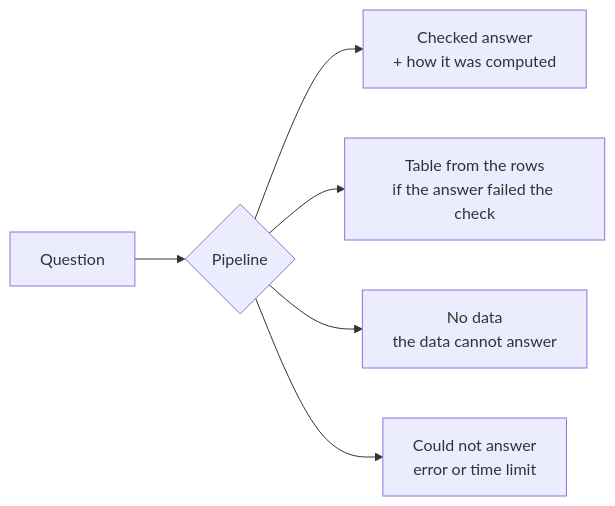
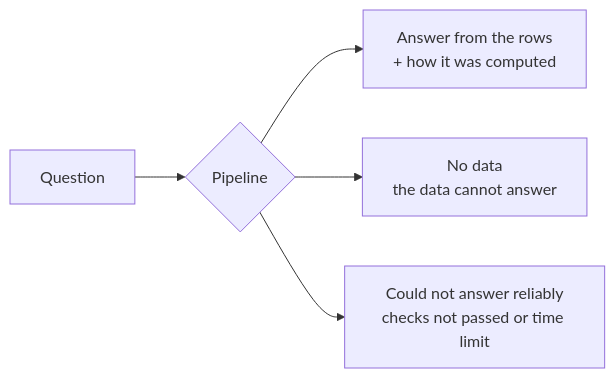
One commit to omardmv/trade-registry-Q-A-agent changed the second of 2 diagrams in README.md. Above: the diagram before and after it, drawn with Mermaid. The commit also changed other lines of this file and 2 other files, not shown here.

Commit message:
docs: README architecture for the grammar planner with the semantic layer (app/fields.yaml) at the centre, code-rendered answers, plan checks, honest held-out numbers; redesign doc status

````diff
--- a/README.md
+++ b/README.md
@@ -63,8 +104,7 @@
 ```mermaid
 flowchart LR
     Q[Question] --> P{Pipeline}
-    P --> A1[Checked answer<br/>+ how it was computed]
-    P --> A2[Table from the rows<br/>if the answer failed the check]
-    P --> A3[No data<br/>the data cannot answer]
-    P --> A4[Could not answer<br/>error or time limit]
+    P --> A1[Answer from the rows<br/>+ how it was computed]
+    P --> A2[No data<br/>the data cannot answer]
+    P --> A3[Could not answer reliably<br/>checks not passed or time limit]
 ```
````
